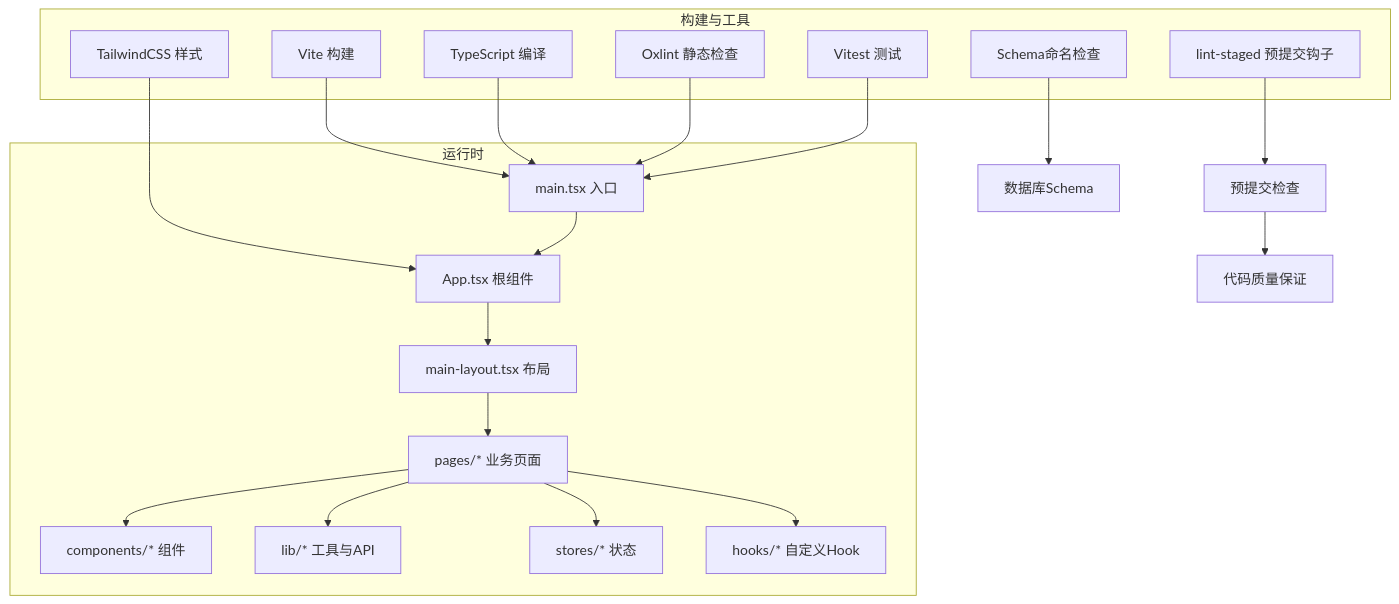
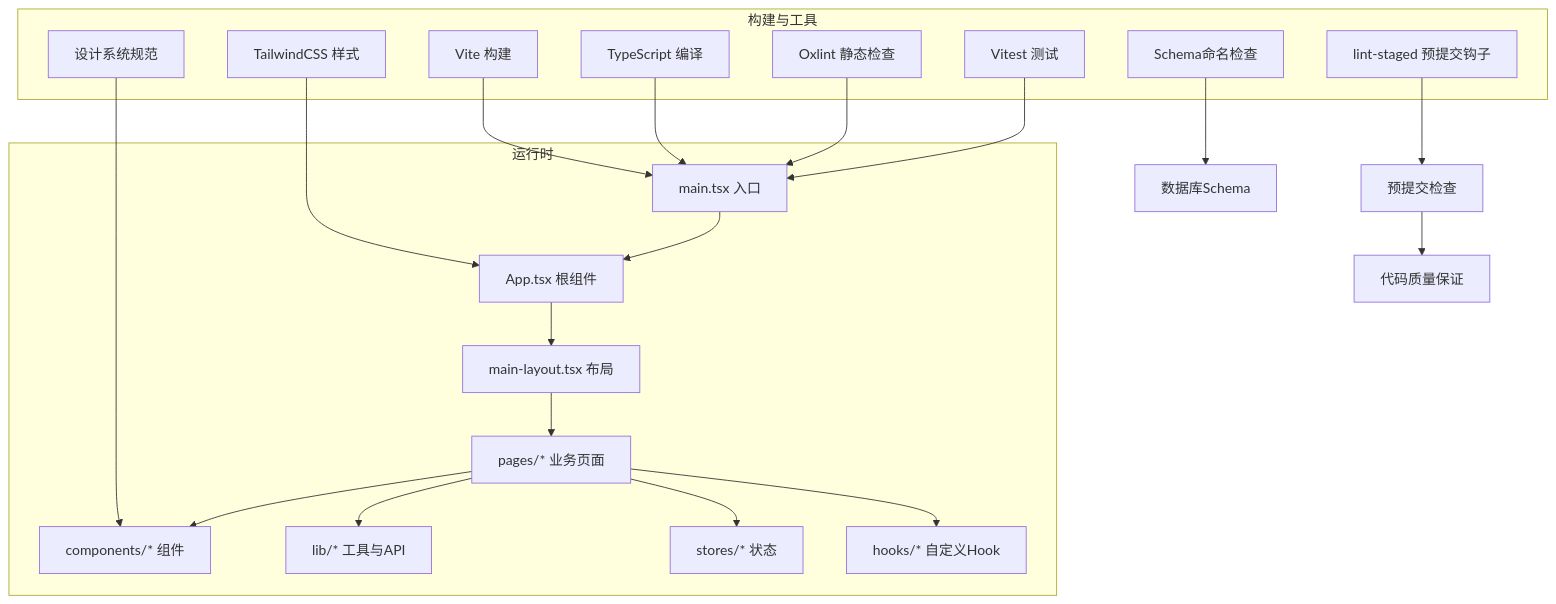
One commit to Damao997/newproject changed the second of 9 diagrams in .qoder/repowiki/zh/content/开发规范/开发规范.md. Above: the diagram before and after it, drawn with Mermaid. The commit also changed other lines of this file and 40 other files, not shown here.

First line of the commit message:
feat(dashboard/inventory): 仪表板与存货模块真实数据接入及图表卡片拆分

````diff
--- a/.qoder/repowiki/zh/content/开发规范/开发规范.md
+++ b/.qoder/repowiki/zh/content/开发规范/开发规范.md
@@ -168,37 +177,39 @@
 ```mermaid
 graph TB
 subgraph "构建与工具"
 Vite["Vite 构建"]
 TS["TypeScript 编译"]
 Tailwind["TailwindCSS 样式"]
 Oxlint["Oxlint 静态检查"]
 Vitest["Vitest 测试"]
 LintStaged["lint-staged 预提交钩子"]
 SchemaCheck["Schema命名检查"]
+DesignSystem["设计系统规范"]
 end
 subgraph "运行时"
 Main["main.tsx 入口"]
 App["App.tsx 根组件"]
 Layout["main-layout.tsx 布局"]
 Pages["pages/* 业务页面"]
 Components["components/* 组件"]
 Lib["lib/* 工具与API"]
 Stores["stores/* 状态"]
 Hooks["hooks/* 自定义Hook"]
 end
 Vite --> Main
 TS --> Main
 Tailwind --> App
 Oxlint --> Main
 Vitest --> Main
 LintStaged --> PreCommit["预提交检查"]
 SchemaCheck --> Database["数据库Schema"]
+DesignSystem --> Components
 PreCommit --> CodeQuality["代码质量保证"]
 Main --> App
 App --> Layout
 Layout --> Pages
 Pages --> Components
 Pages --> Lib
 Pages --> Stores
 Pages --> Hooks
 ```
````
